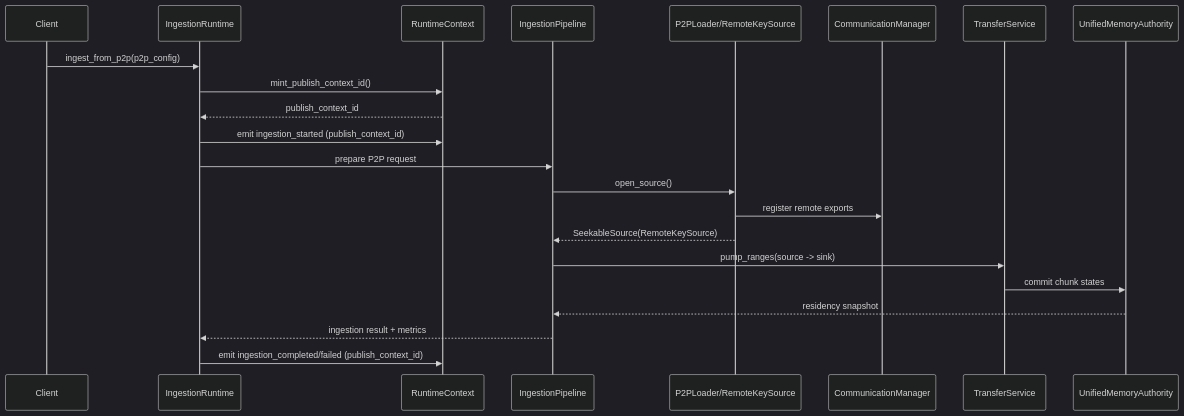
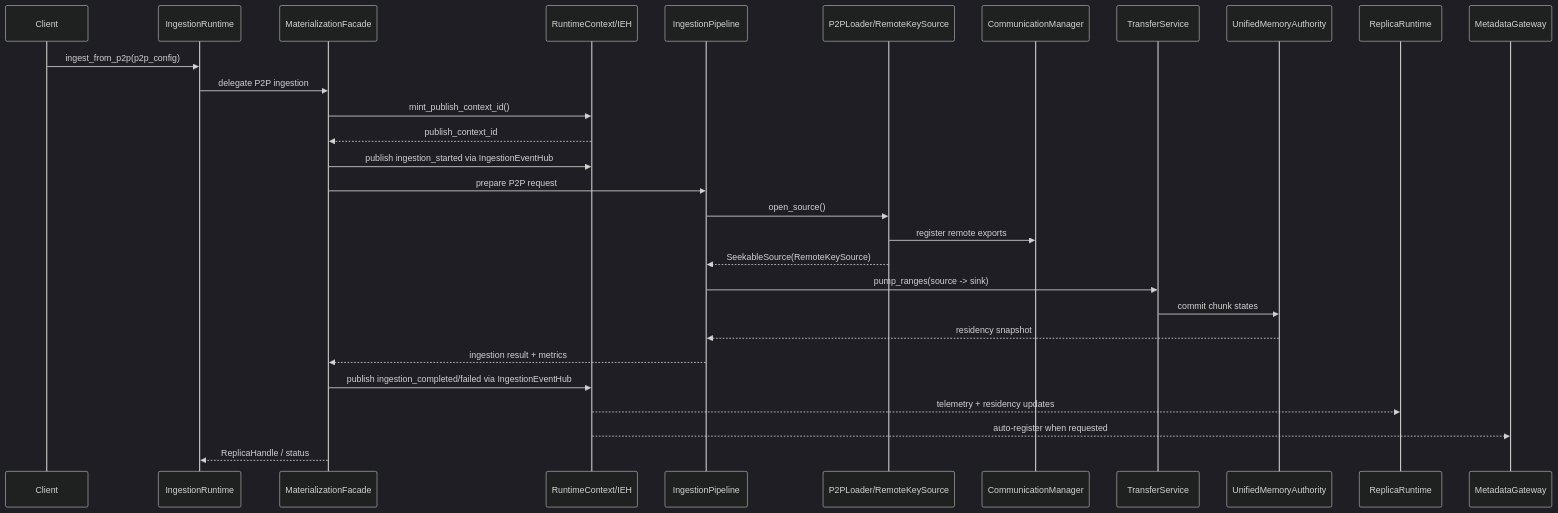
One commit to tensorcast-ai/tensorcast changed the fourth of 4 diagrams in core/store/docs/architecture.md. Above: the diagram before and after it, drawn with Mermaid (dark theme). The commit also changed other lines of this file, not shown here.

````diff
--- a/core/store/docs/architecture.md
+++ b/core/store/docs/architecture.md
@@ -251,25 +309,32 @@
 ```mermaid
 sequenceDiagram
     participant Client
     participant IR as IngestionRuntime
-    participant RC as RuntimeContext
+    participant MF as MaterializationFacade
+    participant RC as RuntimeContext/IEH
     participant IP as IngestionPipeline
     participant Loader as P2PLoader/RemoteKeySource
     participant COMM as CommunicationManager
     participant TS as TransferService
     participant UMA as UnifiedMemoryAuthority
+    participant RR as ReplicaRuntime
+    participant MG as MetadataGateway
 
     Client->>IR: ingest_from_p2p(p2p_config)
-    IR->>RC: mint_publish_context_id()
-    RC-->>IR: publish_context_id
-    IR->>RC: emit ingestion_started (publish_context_id)
-    IR->>IP: prepare P2P request
+    IR->>MF: delegate P2P ingestion
+    MF->>RC: mint_publish_context_id()
+    RC-->>MF: publish_context_id
+    MF->>RC: publish ingestion_started via IngestionEventHub
+    MF->>IP: prepare P2P request
     IP->>Loader: open_source()
     Loader->>COMM: register remote exports
     Loader-->>IP: SeekableSource(RemoteKeySource)
     IP->>TS: pump_ranges(source -> sink)
     TS->>UMA: commit chunk states
     UMA-->>IP: residency snapshot
-    IP-->>IR: ingestion result + metrics
-    IR->>RC: emit ingestion_completed/failed (publish_context_id)
+    IP-->>MF: ingestion result + metrics
+    MF->>RC: publish ingestion_completed/failed via IngestionEventHub
+    RC-->>RR: telemetry + residency updates
+    RC-->>MG: auto-register when requested
+    MF-->>IR: ReplicaHandle / status
 ```
````
